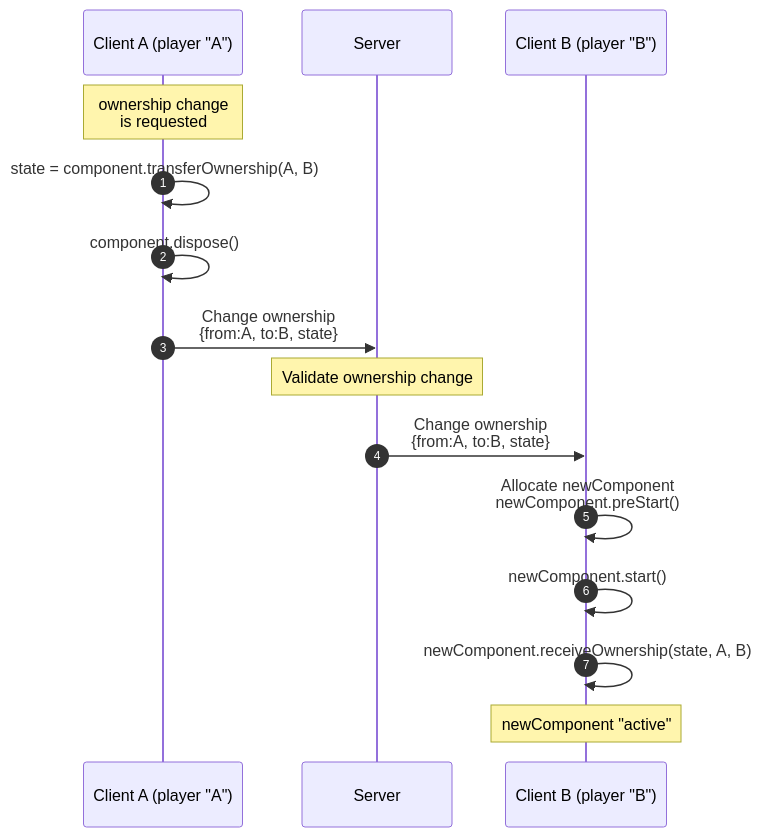
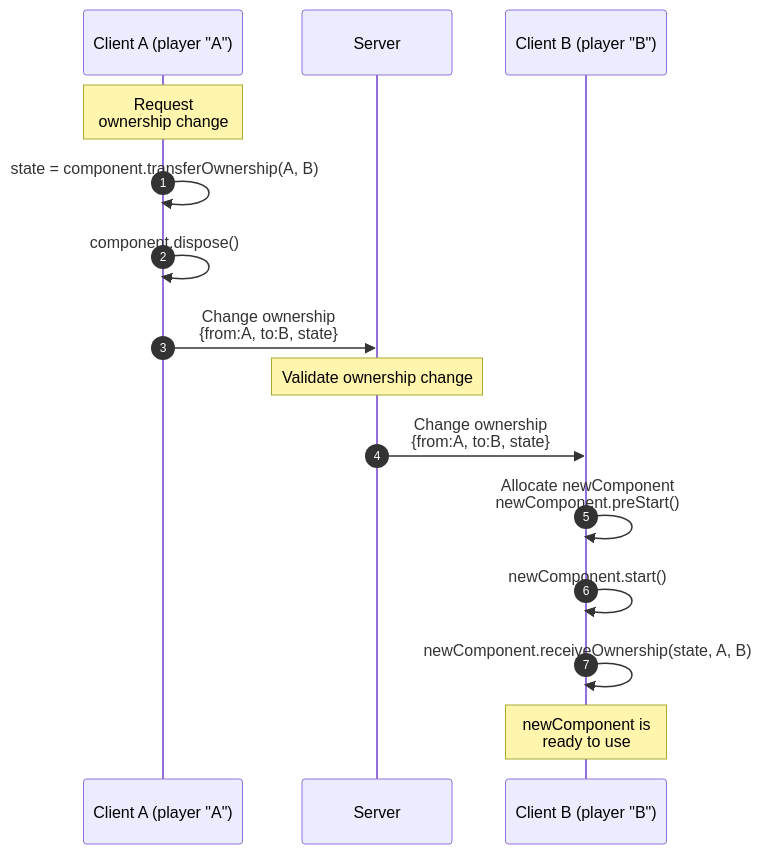
One commit to MHCPCreators/horizonCreatorManual changed the tenth of 16 diagrams in HorizonTechnicalDoc.md. Above: the diagram before and after it, drawn with Mermaid. The commit also changed other lines of this file, not shown here.

Commit message:
Add two boxes about ownership transfers.

````diff
--- a/HorizonTechnicalDoc.md
+++ b/HorizonTechnicalDoc.md
@@ -3887,18 +3889,18 @@
 ```mermaid {align="center}
 %%{init: { 'sequence': {'showSequenceNumbers': 'true'} }}%%
 sequenceDiagram
     participant ClientA as Client A (player "A")
     participant Server
     participant ClientB as Client B (player "B")
 
-    note over ClientA: ownership change<br/>is requested
+    note over ClientA: Request<br/>ownership change
     ClientA ->> ClientA: state = component.transferOwnership(A, B)
     ClientA ->> ClientA: component.dispose()
     ClientA->>Server: Change ownership<br>{from:A, to:B, state}
     note over Server: Validate ownership change
     Server->>ClientB: Change ownership<br>{from:A, to:B, state}
     ClientB ->> ClientB: Allocate newComponent<br>newComponent.preStart()
     ClientB ->> ClientB: newComponent.start()
     ClientB ->> ClientB: newComponent.receiveOwnership(state, A, B)
-    note over ClientB: newComponent "active"
+    note over ClientB: newComponent is <br>ready to use
 ```
````
